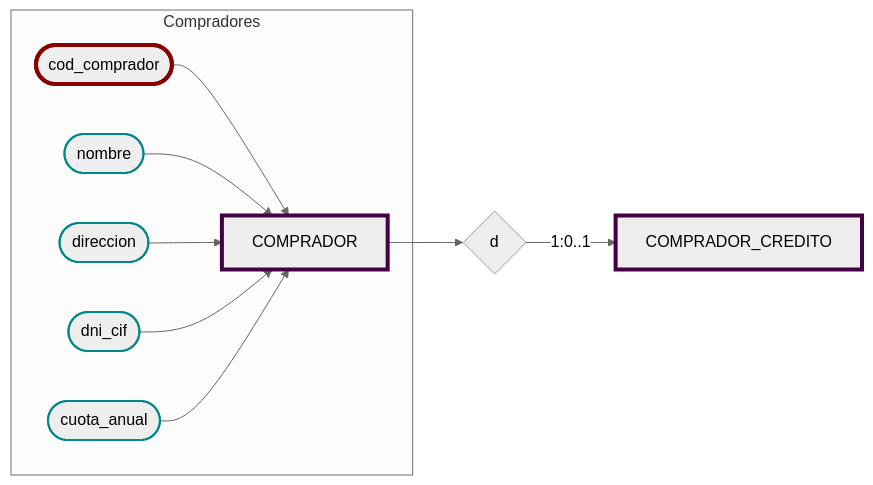
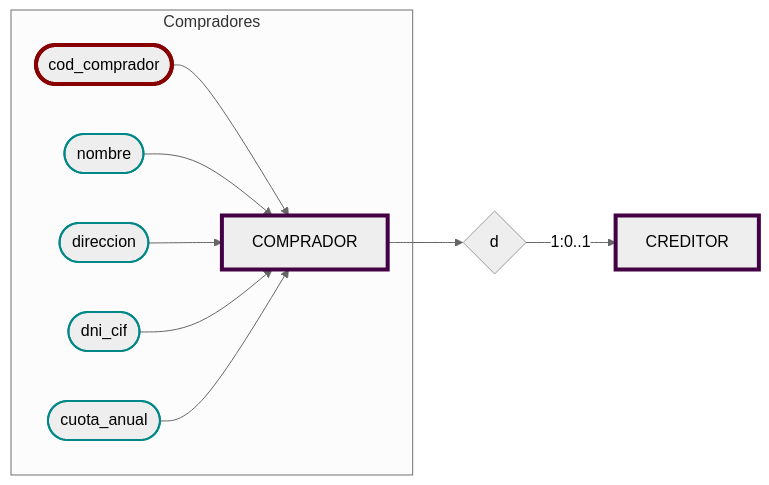
One commit to JulTob/Data changed the sixth of 10 diagrams in DataBases/lonja_DB.md. Above: the diagram before and after it, drawn with Mermaid (neutral theme). The commit also changed other lines of this file, not shown here.

````diff
--- a/DataBases/lonja_DB.md
+++ b/DataBases/lonja_DB.md
@@ -184,22 +215,22 @@
 ```mermaid
 flowchart LR
   classDef atributo stroke:#088,stroke-width:2px;
   classDef derivado stroke-width:3px, stroke-dasharray:3 3;
   classDef pk stroke:#800,stroke-width:4px;
   classDef fk stroke:#080,stroke-width:4px;
   classDef pkfk stroke:#880,stroke-width:4px;
   classDef entidad stroke:#404,stroke-width:4px;
 
   %% Atributos COMPRADOR
   subgraph Compradores
     Comprador[COMPRADOR]:::entidad
     cod_comprador([cod_comprador]):::pk --> Comprador
     nombre([nombre]):::atributo --> Comprador
     direccion([direccion]):::atributo --> Comprador
     dni_cif([dni_cif]):::atributo --> Comprador
     cuota_anual([cuota_anual]):::atributo --> Comprador
     end
 
-  Comprador --> es{d} -->|1:0..1| CompradorCredito[COMPRADOR_CREDITO]:::entidad
+  Comprador --> es{d} -->|1:0..1| CompradorCredito[CREDITOR]:::entidad
 
 ```
````
